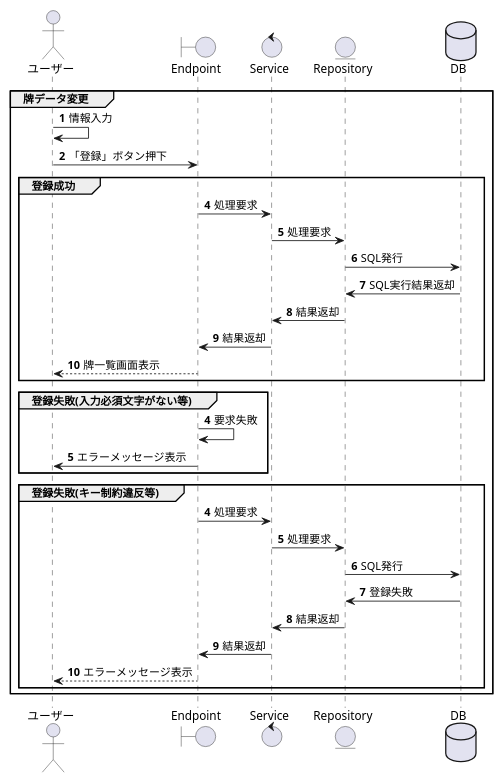
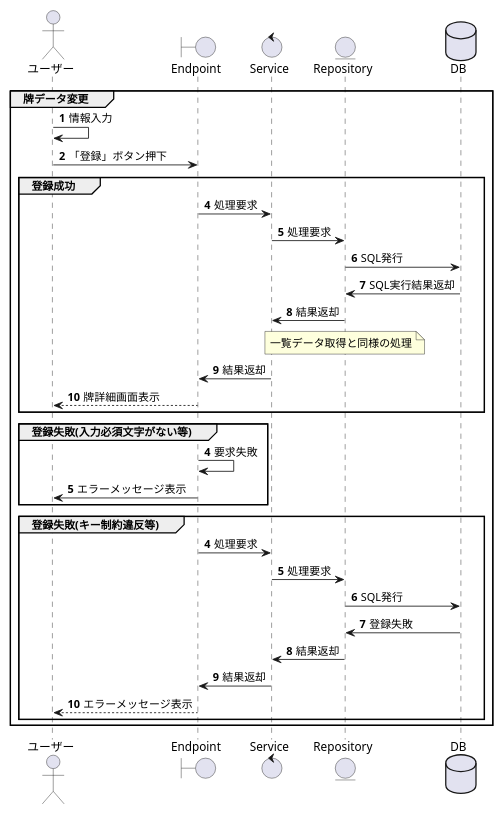
One commit to NakataTPD/2018-k-web-training changed the tenth of 10 diagrams in document/詳細設計書/詳細設計書.md. Above: the diagram before and after it, drawn with PlantUML. The commit also changed other lines of this file and 1 other file, not shown here.

````diff
--- a/document/詳細設計書/詳細設計書.md
+++ b/document/詳細設計書/詳細設計書.md
@@ -532,41 +573,44 @@
 ```puml
 scale 0.8
 actor ユーザー as User
 boundary Endpoint as Con
 control Service as Ser
 entity Repository as Repo
 database DB as DB
 
 group 牌データ変更
   autonumber 1
 
     User -> User: 情報入力
     User -> Con: 「登録」ボタン押下
     group 登録成功
     autonumber 4
     Con -> Ser: 処理要求
     Ser -> Repo: 処理要求
     Repo -> DB: SQL発行
     DB -> Repo: SQL実行結果返却
     Repo -> Ser: 結果返却
+    note over Repo
+    一覧データ取得と同様の処理
+    end note
     Ser -> Con: 結果返却
-    Con --> User: 牌一覧画面表示
+    Con --> User: 牌詳細画面表示
     end
     group 登録失敗(入力必須文字がない等)
     autonumber 4
     Con -> Con: 要求失敗
     Con -> User: エラーメッセージ表示
     end
     group 登録失敗(キー制約違反等)
     autonumber 4
     Con -> Ser: 処理要求
     Ser -> Repo: 処理要求
     Repo -> DB: SQL発行
     DB -> Repo: 登録失敗
     Repo -> Ser: 結果返却
     Ser -> Con: 結果返却
     Con --> User: エラーメッセージ表示
     end
 
 end
 ```
````
